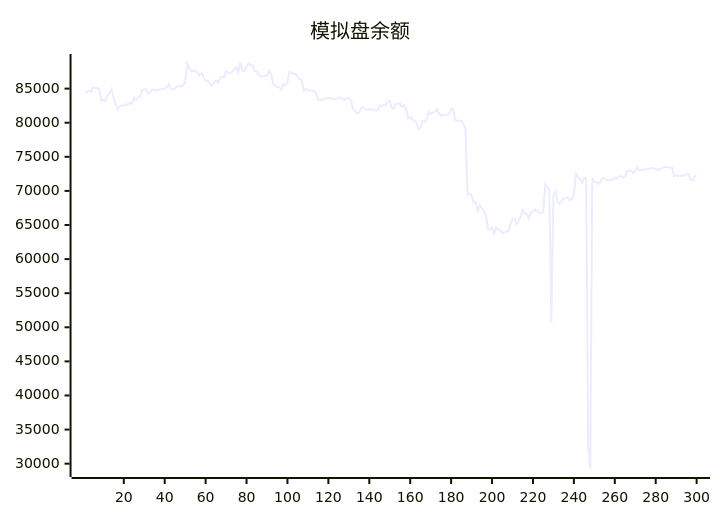
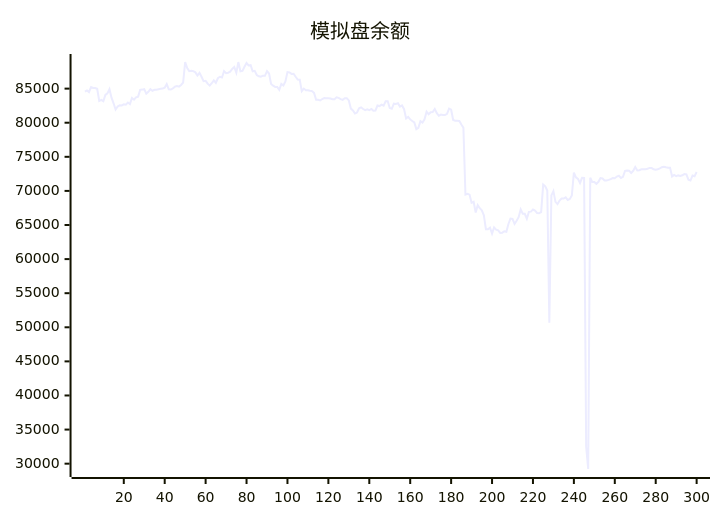
Before and after one commit to aahl/ai-trading: the diagram in README.md, drawn with Mermaid. The commit also changed other lines of this file and 1 other file, not shown here.

````diff
--- a/README.md
+++ b/README.md
@@ -5,5 +5,5 @@
 ```mermaid
 xychart
     title "模拟盘余额"
-    line [84287,84572,84745,84500,85234,85096,85095,84970,83180,83338,83157,84070,84309,84922,83667,82850,81924,82369,82552,82539,82695,82648,82962,82728,83619,83378,83710,83825,84819,84854,84917,84265,84527,84919,84668,84834,84850,84916,84981,85004,85131,85674,84891,84864,85019,85284,85393,85294,85538,85894,88904,88012,87567,87625,87568,87386,86920,87313,86737,86094,86143,85725,85437,85787,86219,85859,86526,86740,86630,87563,87264,87335,87483,87886,88180,87335,88894,87544,87608,88207,88755,88401,88444,87543,87608,87000,86810,86740,86894,86884,87576,87209,85686,85435,85251,85255,84820,85689,85453,86066,87420,87373,87161,87178,86740,86341,86315,84643,85012,84772,84768,84690,84635,84376,83360,83357,83259,83474,83608,83606,83602,83548,83440,83454,83724,83644,83464,83365,83590,83592,83275,82072,81806,81344,81492,82109,82254,82006,81848,81955,81829,82022,81769,81776,82522,82441,82656,82498,83144,83144,82150,82038,82797,82763,82872,82367,82536,81981,80612,80862,80484,80242,80034,79063,79245,80226,80016,80507,81625,81233,81544,81578,82016,81401,81019,81186,81130,81118,81306,82066,81909,80392,80304,80291,80258,79729,79261,69466,69579,69456,68251,68415,66832,67911,67462,67144,66432,64380,64375,64606,63740,64647,64324,64216,63842,63877,64078,64008,65156,65945,65888,65157,65625,66144,67284,66653,66639,65924,66925,66956,67263,67108,66766,66729,66886,70927,70673,70049,50652,69334,69973,68400,68061,68578,68876,68879,69055,68662,68822,69329,72687,71999,71760,71162,71911,71896,32500,29218,71927,71297,71305,71044,71337,71883,71822,71536,71536,71622,71723,71880,71860,72100,72216,71887,72077,72940,72976,72966,72638,72948,73497,73004,73041,73173,73160,73186,73258,73375,73351,73173,73098,73161,73305,73474,73536,73457,73413,73412,72100,72333,72164,72272,72204,72285,72461,72421,71652,71521,72267,72157]
+    line [84572,84745,84500,85234,85096,85095,84970,83180,83338,83157,84070,84309,84922,83667,82850,81924,82369,82552,82539,82695,82648,82962,82728,83619,83378,83710,83825,84819,84854,84917,84265,84527,84919,84668,84834,84850,84916,84981,85004,85131,85674,84891,84864,85019,85284,85393,85294,85538,85894,88904,88012,87567,87625,87568,87386,86920,87313,86737,86094,86143,85725,85437,85787,86219,85859,86526,86740,86630,87563,87264,87335,87483,87886,88180,87335,88894,87544,87608,88207,88755,88401,88444,87543,87608,87000,86810,86740,86894,86884,87576,87209,85686,85435,85251,85255,84820,85689,85453,86066,87420,87373,87161,87178,86740,86341,86315,84643,85012,84772,84768,84690,84635,84376,83360,83357,83259,83474,83608,83606,83602,83548,83440,83454,83724,83644,83464,83365,83590,83592,83275,82072,81806,81344,81492,82109,82254,82006,81848,81955,81829,82022,81769,81776,82522,82441,82656,82498,83144,83144,82150,82038,82797,82763,82872,82367,82536,81981,80612,80862,80484,80242,80034,79063,79245,80226,80016,80507,81625,81233,81544,81578,82016,81401,81019,81186,81130,81118,81306,82066,81909,80392,80304,80291,80258,79729,79261,69466,69579,69456,68251,68415,66832,67911,67462,67144,66432,64380,64375,64606,63740,64647,64324,64216,63842,63877,64078,64008,65156,65945,65888,65157,65625,66144,67284,66653,66639,65924,66925,66956,67263,67108,66766,66729,66886,70927,70673,70049,50652,69334,69973,68400,68061,68578,68876,68879,69055,68662,68822,69329,72687,71999,71760,71162,71911,71896,32500,29218,71927,71297,71305,71044,71337,71883,71822,71536,71536,71622,71723,71880,71860,72100,72216,71887,72077,72940,72976,72966,72638,72948,73497,73004,73041,73173,73160,73186,73258,73375,73351,73173,73098,73161,73305,73474,73536,73457,73413,73412,72100,72333,72164,72272,72204,72285,72461,72421,71652,71521,72267,72157,72774]
 ```
````
